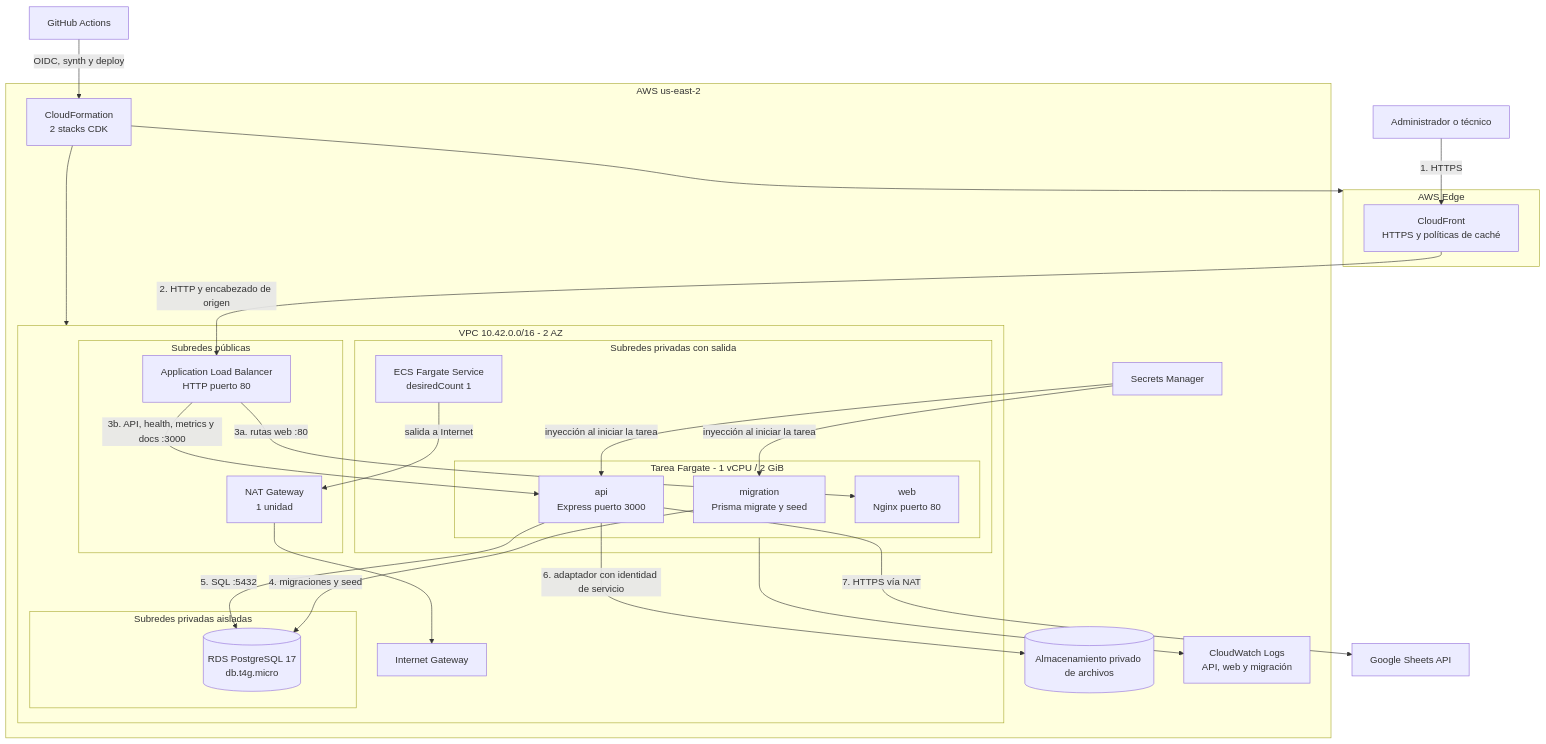
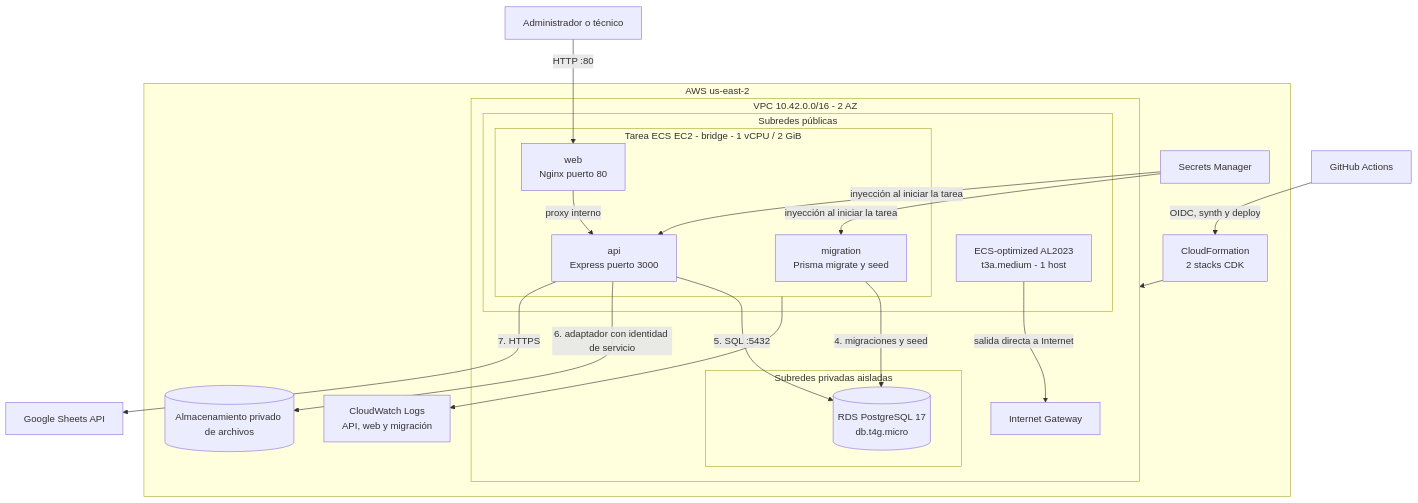
One commit to luistorres-idt/puk changed the first of 5 diagrams in docs/technical/infrastructure-and-operations.md. Above: the diagram before and after it, drawn with Mermaid. The commit also changed other lines of this file and 11 other files, not shown here.

````diff
--- a/docs/technical/infrastructure-and-operations.md
+++ b/docs/technical/infrastructure-and-operations.md
@@ -22,55 +26,43 @@
 ```mermaid
 flowchart TB
     User[Administrador o técnico]
     GitHub[GitHub Actions]
     Sheets[Google Sheets API]
 
-    subgraph Edge[AWS Edge]
-        CF[CloudFront<br/>HTTPS y políticas de caché]
-    end
-
     subgraph Region[AWS us-east-2]
         subgraph VPC[VPC 10.42.0.0/16 - 2 AZ]
             IGW[Internet Gateway]
 
             subgraph Public[Subredes públicas]
-                ALB[Application Load Balancer<br/>HTTP puerto 80]
-                NAT[NAT Gateway<br/>1 unidad]
-            end
-
-            subgraph Private[Subredes privadas con salida]
-                ECS[ECS Fargate Service<br/>desiredCount 1]
-                subgraph Task[Tarea Fargate - 1 vCPU / 2 GiB]
+                EC2[ECS-optimized AL2023<br/>t3a.medium - 1 host]
+                subgraph Task[Tarea ECS EC2 - bridge - 1 vCPU / 2 GiB]
                     Migration[migration<br/>Prisma migrate y seed]
                     API[api<br/>Express puerto 3000]
                     Web[web<br/>Nginx puerto 80]
                 end
             end
 
             subgraph Isolated[Subredes privadas aisladas]
                 RDS[(RDS PostgreSQL 17<br/>db.t4g.micro)]
             end
         end
 
         FileStore[(Almacenamiento privado de archivos)]
         SM[Secrets Manager]
         CW[CloudWatch Logs<br/>API, web y migración]
         CFN[CloudFormation<br/>2 stacks CDK]
     end
 
-    User -->|1. HTTPS| CF
-    CF -->|2. HTTP y encabezado de origen| ALB
-    ALB -->|3a. rutas web :80| Web
-    ALB -->|3b. API, health, metrics y docs :3000| API
+    User -->|HTTP :80| Web
+    Web -->|proxy interno| API
     Migration -->|4. migraciones y seed| RDS
     API -->|5. SQL :5432| RDS
     API -->|6. adaptador con identidad de servicio| FileStore
-    API -->|7. HTTPS vía NAT| Sheets
-    ECS -->|salida a Internet| NAT --> IGW
+    API -->|7. HTTPS| Sheets
+    EC2 -->|salida directa a Internet| IGW
     SM -->|inyección al iniciar la tarea| Migration
     SM -->|inyección al iniciar la tarea| API
     Task --> CW
     GitHub -->|OIDC, synth y deploy| CFN
     CFN --> VPC
-    CFN --> Edge
 ```
````
